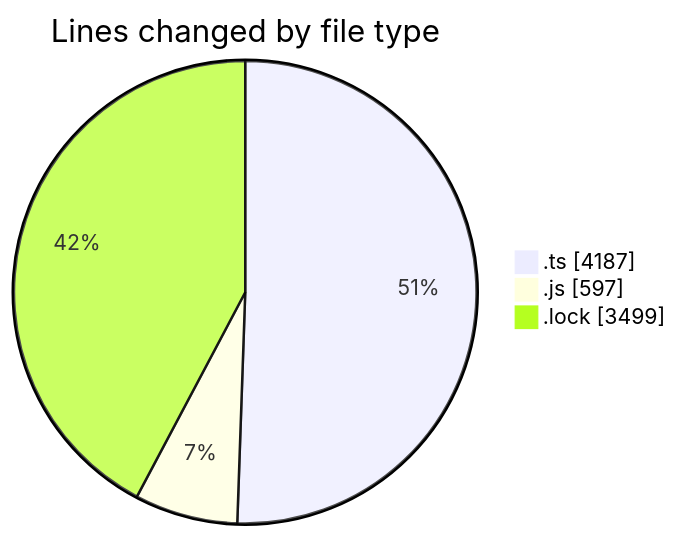
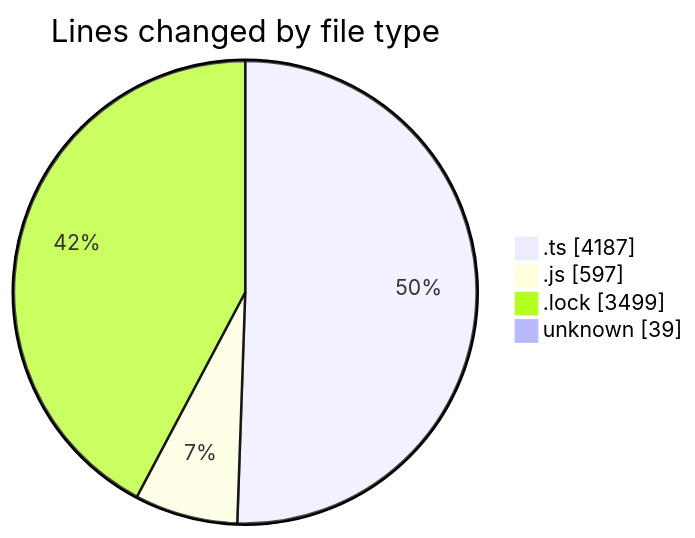
Before and after one commit to momahboobian/code-tracking: the first of 2 diagrams in 2025-05-20/cda/README.md, drawn with Mermaid. The commit also changed other lines of this file and 1 other file, not shown here.

````diff
--- a/2025-05-20/cda/README.md
+++ b/2025-05-20/cda/README.md
@@ -28,7 +29,8 @@
 ```mermaid
 pie showData
 title Lines changed by file type
 ".ts" : 4187
 ".js" : 597
 ".lock" : 3499
+"unknown" : 39
 ```
````
